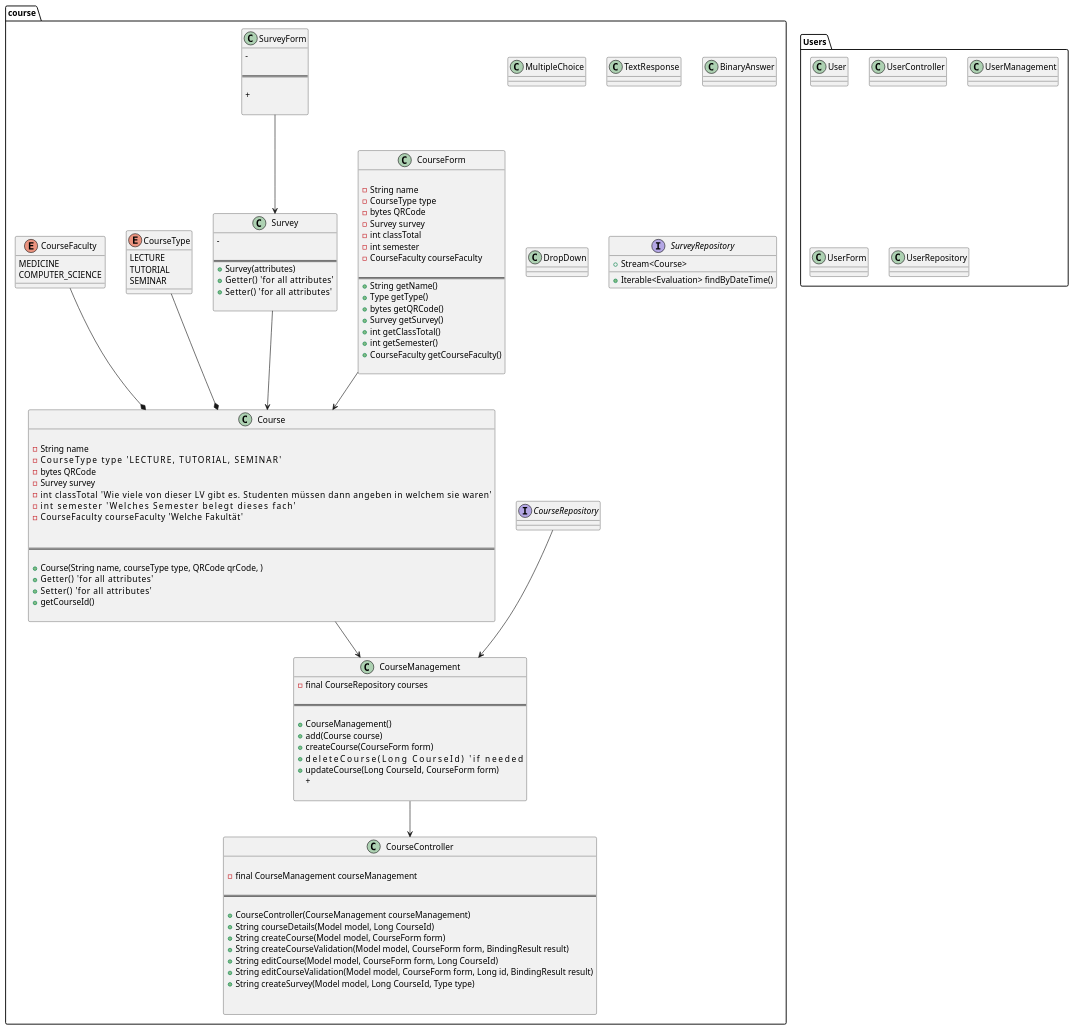
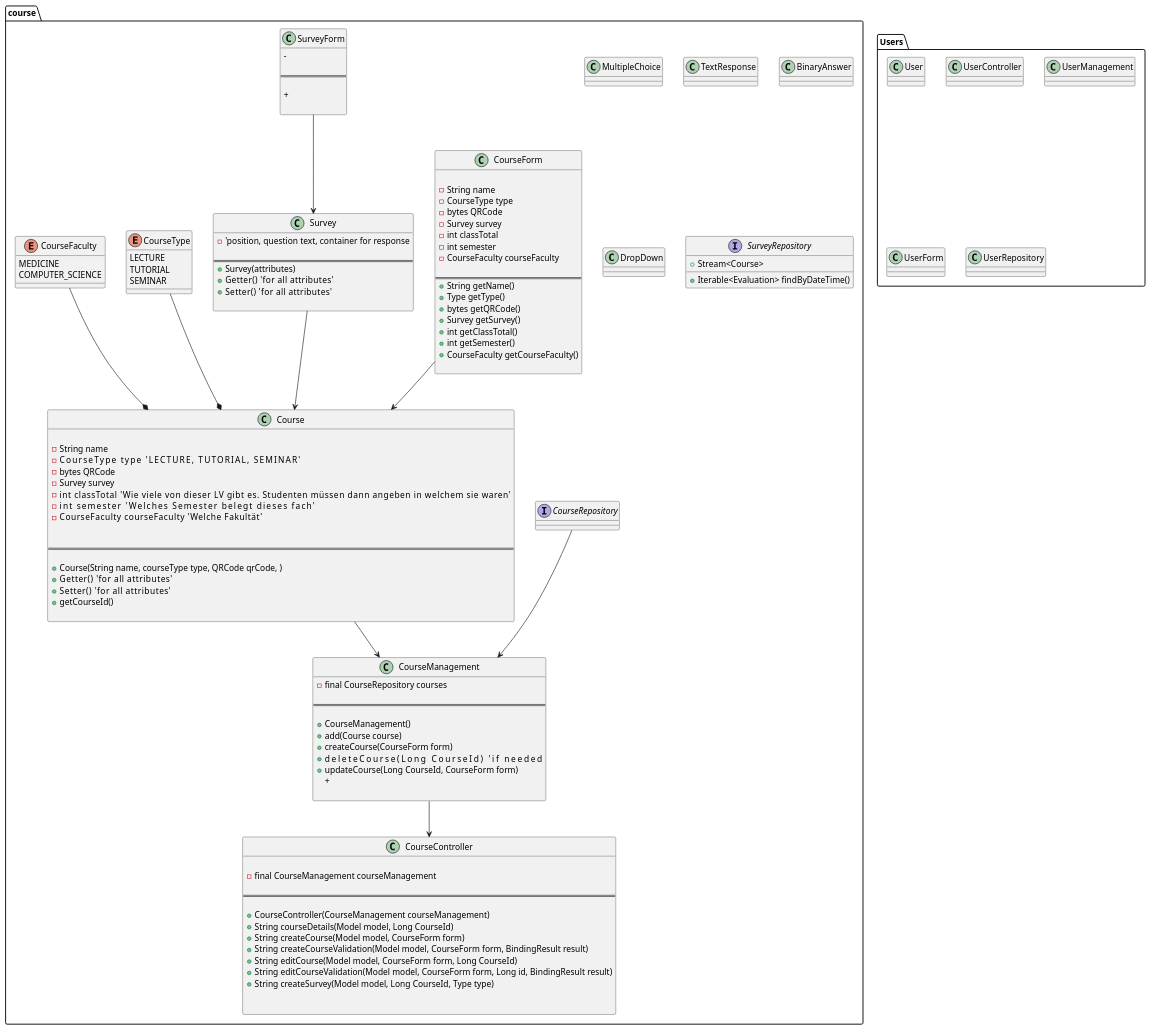
One commit to Elocien/QOVA changed the diagram in src/main/documentation/diagrams/src/architecture_overview.wsd. Above: the diagram before and after it, drawn with PlantUML. The commit also changed 3 other files, not shown here.

```diff
--- a/src/main/documentation/diagrams/src/architecture_overview.wsd
+++ b/src/main/documentation/diagrams/src/architecture_overview.wsd
@@ -120,7 +120,7 @@
 
 
     class Survey {
-        -  
+        -     'position, question text, container for response
 
 ==
         + Survey(attributes)
```
